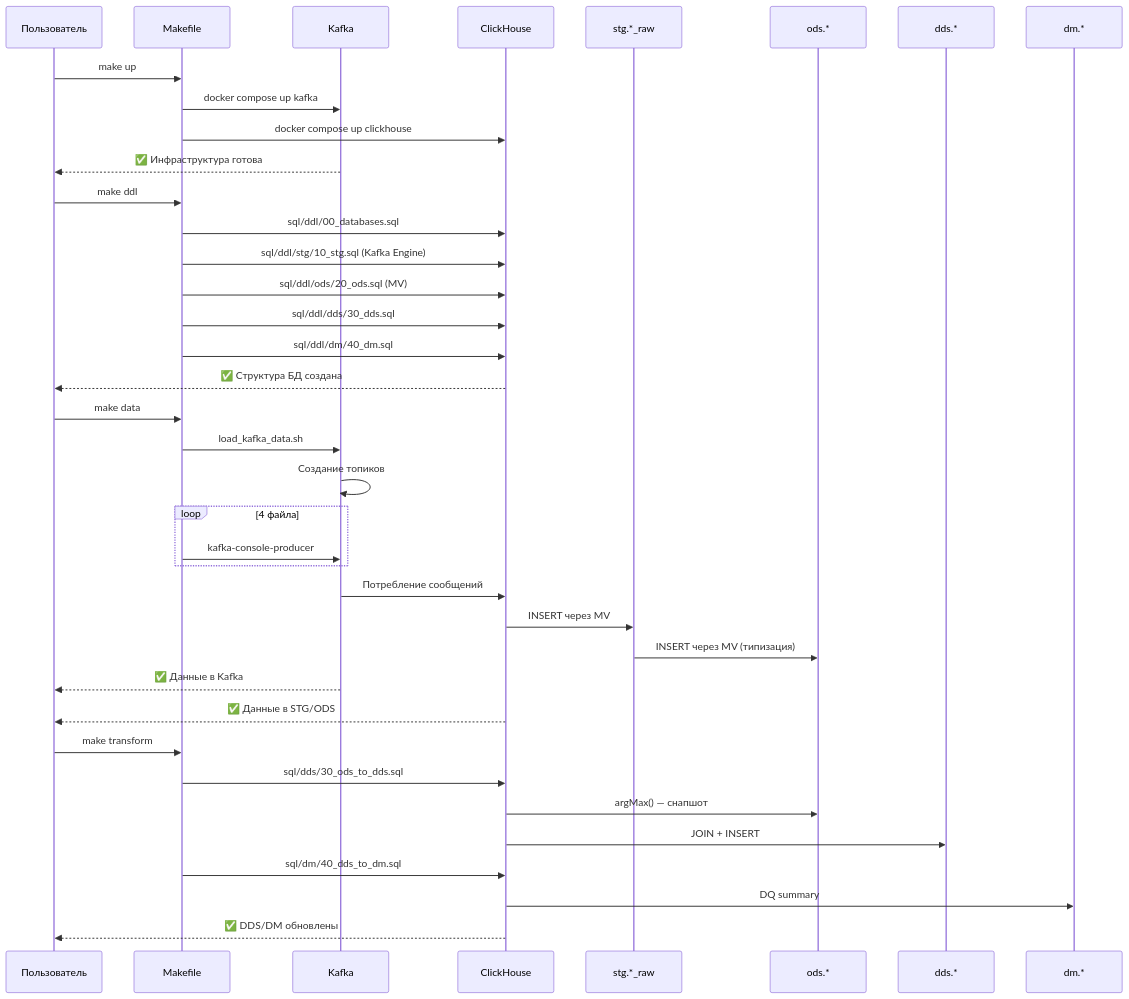
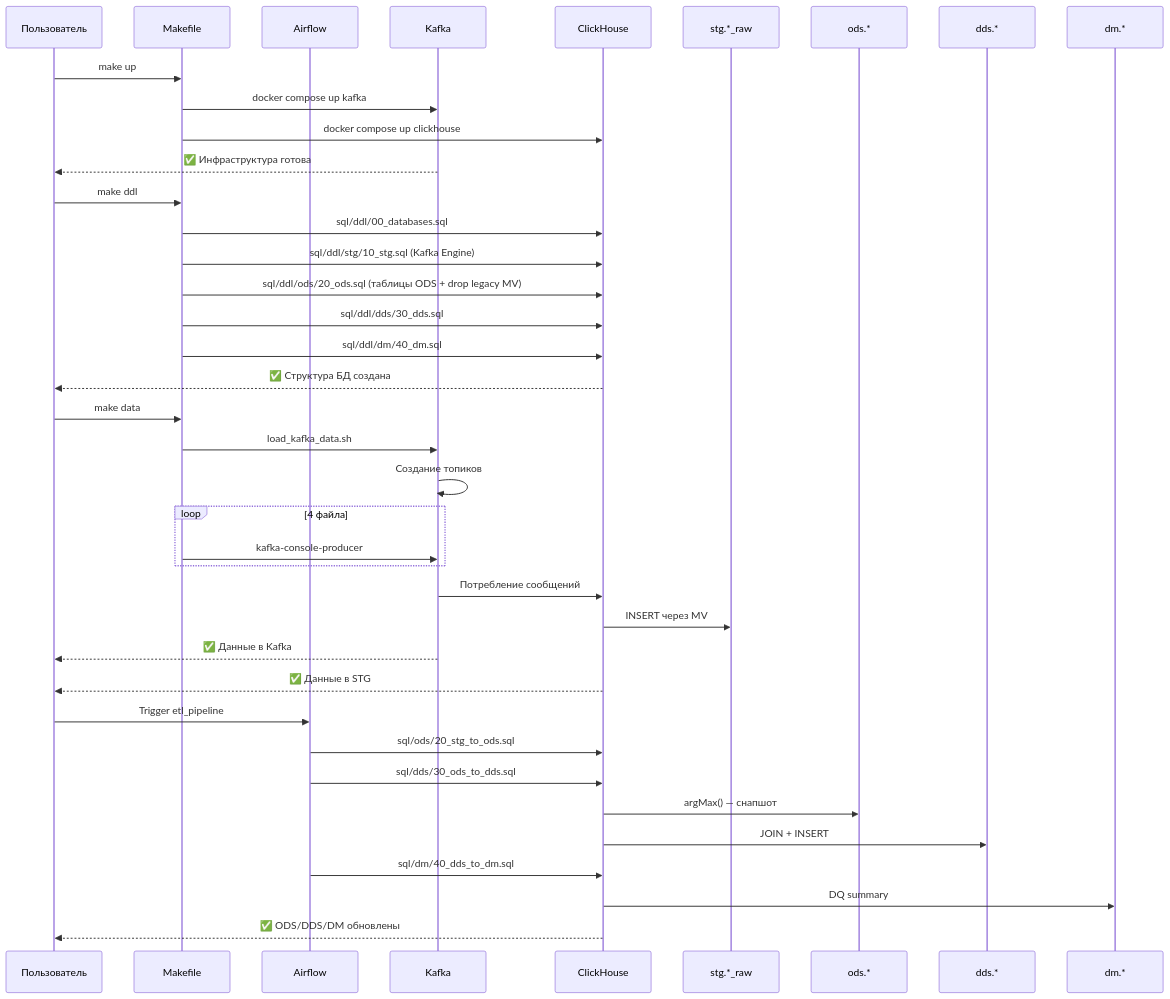
Before and after one commit to dementev-dev/clickstream-ch-kafka-superset-demo: the third of 6 diagrams in docs/ARCHITECTURE.md, drawn with Mermaid. The commit also changed other lines of this file and 9 other files, not shown here.

Commit message:
Move STG->ODS to Airflow batch and align monitoring

````diff
--- a/docs/ARCHITECTURE.md
+++ b/docs/ARCHITECTURE.md
@@ -355,44 +365,45 @@
 ```mermaid
 sequenceDiagram
     participant User as Пользователь
     participant Make as Makefile
+    participant Airflow as Airflow
     participant K as Kafka
     participant CH as ClickHouse
     participant STG as stg.*_raw
     participant ODS as ods.*
     participant DDS as dds.*
     participant DM as dm.*
 
     User->>Make: make up
     Make->>K: docker compose up kafka
     Make->>CH: docker compose up clickhouse
     K-->>User: ✅ Инфраструктура готова
 
     User->>Make: make ddl
     Make->>CH: sql/ddl/00_databases.sql
     Make->>CH: sql/ddl/stg/10_stg.sql (Kafka Engine)
-    Make->>CH: sql/ddl/ods/20_ods.sql (MV)
+    Make->>CH: sql/ddl/ods/20_ods.sql (таблицы ODS + drop legacy MV)
     Make->>CH: sql/ddl/dds/30_dds.sql
     Make->>CH: sql/ddl/dm/40_dm.sql
     CH-->>User: ✅ Структура БД создана
 
     User->>Make: make data
     Make->>K: load_kafka_data.sh
     K->>K: Создание топиков
     loop 4 файла
         Make->>K: kafka-console-producer
     end
     K->>CH: Потребление сообщений
     CH->>STG: INSERT через MV
-    STG->>ODS: INSERT через MV (типизация)
     K-->>User: ✅ Данные в Kafka
-    CH-->>User: ✅ Данные в STG/ODS
+    CH-->>User: ✅ Данные в STG
 
-    User->>Make: make transform
-    Make->>CH: sql/dds/30_ods_to_dds.sql
+    User->>Airflow: Trigger etl_pipeline
+    Airflow->>CH: sql/ods/20_stg_to_ods.sql
+    Airflow->>CH: sql/dds/30_ods_to_dds.sql
     CH->>ODS: argMax() — снапшот
     CH->>DDS: JOIN + INSERT
-    Make->>CH: sql/dm/40_dds_to_dm.sql
+    Airflow->>CH: sql/dm/40_dds_to_dm.sql
     CH->>DM: DQ summary
-    CH-->>User: ✅ DDS/DM обновлены
+    CH-->>User: ✅ ODS/DDS/DM обновлены
 ```
````
